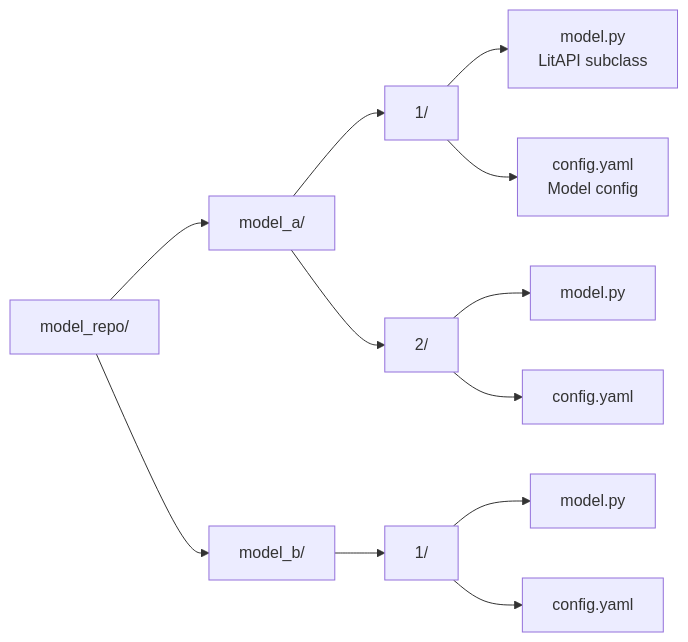
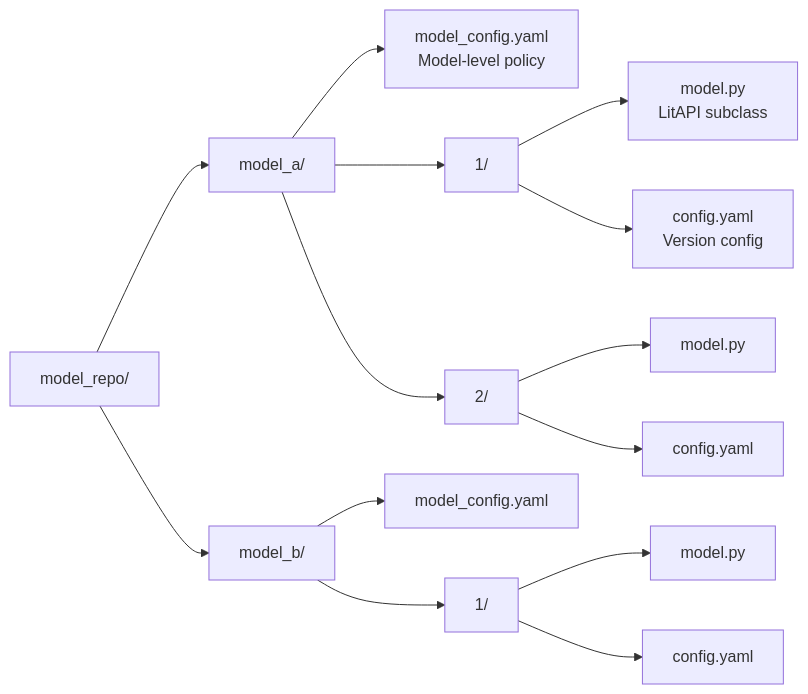
Before and after one commit to jianjunwu/light-server: the third of 3 diagrams in docs/en/07_architecture.md, drawn with Mermaid. The commit also changed 22 other files, not shown here.

First line of the commit message:
docs: add model management guide (model_config.yaml, version policies, ensemble)

````diff
--- a/docs/en/07_architecture.md
+++ b/docs/en/07_architecture.md
@@ -103,14 +103,16 @@
 ```mermaid
 graph LR
     MR[model_repo/] --> M1[model_a/]
     MR --> M2[model_b/]
+    M1 --> MC1[model_config.yaml<br/>Model-level policy]
     M1 --> V1[1/]
     M1 --> V2[2/]
     V1 --> F1[model.py<br/>LitAPI subclass]
-    V1 --> F2[config.yaml<br/>Model config]
+    V1 --> F2[config.yaml<br/>Version config]
     V2 --> F3[model.py]
     V2 --> F4[config.yaml]
+    M2 --> MC2[model_config.yaml]
     M2 --> V3[1/]
     V3 --> F5[model.py]
     V3 --> F6[config.yaml]
 ```
````
